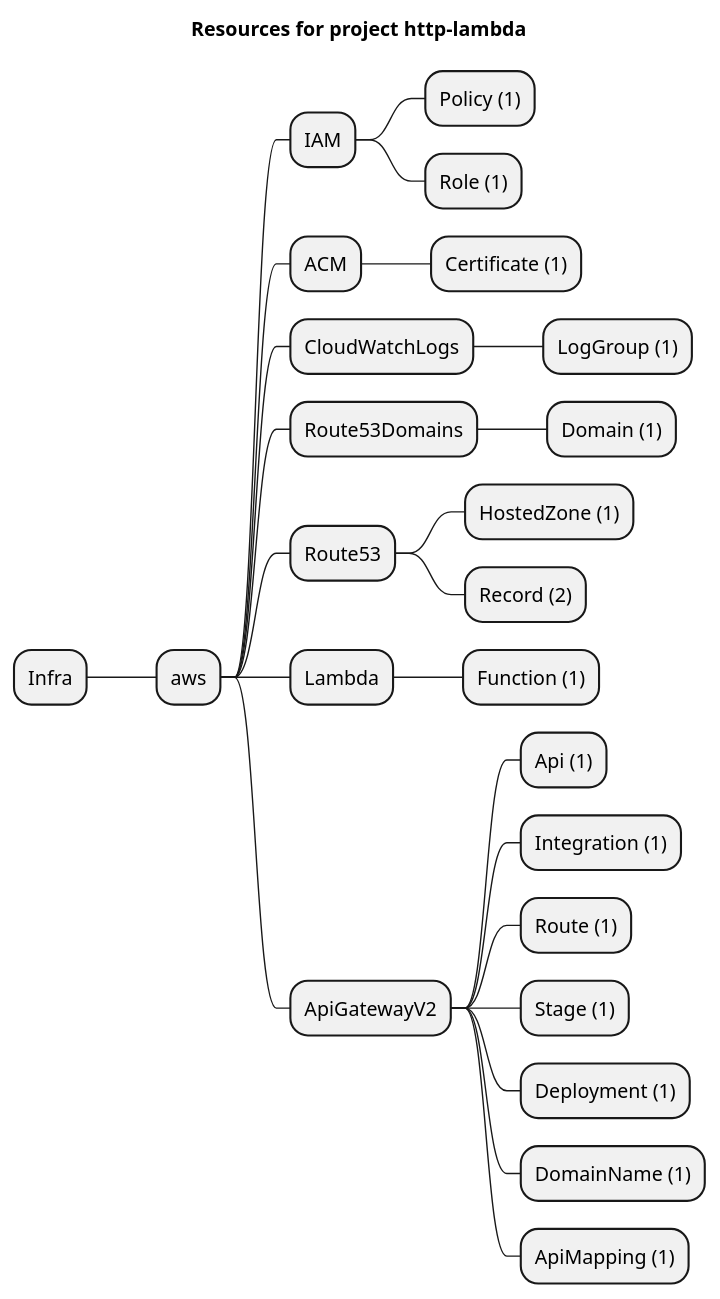
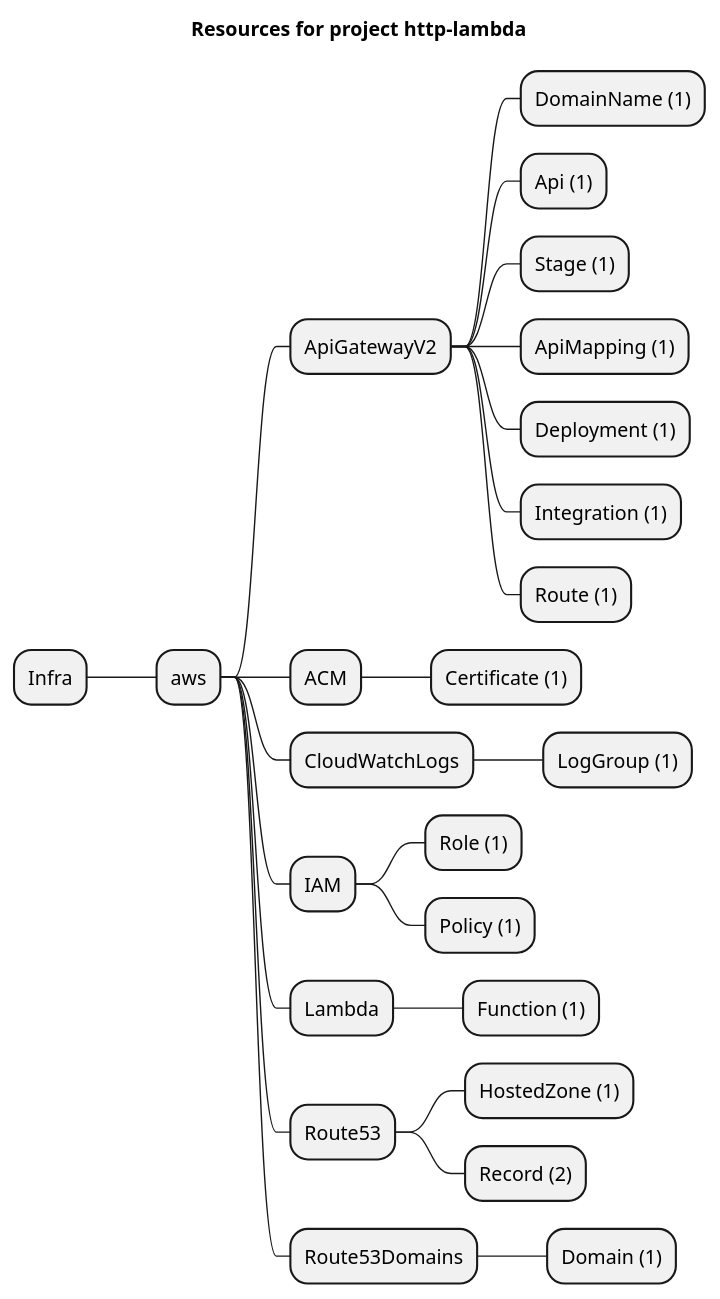
The diagram in examples/aws/api-gateway-v2/http-lambda/artifacts/resources-mindmap.puml (grucloud/grucloud), drawn with PlantUML before and after one commit. The commit also changed other lines of this file and 229 other files, not shown here.

```diff
--- a/examples/aws/api-gateway-v2/http-lambda/artifacts/resources-mindmap.puml
+++ b/examples/aws/api-gateway-v2/http-lambda/artifacts/resources-mindmap.puml
@@ -1,28 +1,28 @@
 @startmindmap
 title Resources for project http-lambda
 skinparam monochrome true
 + Infra
 ++ aws
-+++ IAM
-++++ Policy (1)
-++++ Role (1)
++++ ApiGatewayV2
+++++ DomainName (1)
+++++ Api (1)
+++++ Stage (1)
+++++ ApiMapping (1)
+++++ Deployment (1)
+++++ Integration (1)
+++++ Route (1)
 +++ ACM
 ++++ Certificate (1)
 +++ CloudWatchLogs
 ++++ LogGroup (1)
-+++ Route53Domains
-++++ Domain (1)
++++ IAM
+++++ Role (1)
+++++ Policy (1)
++++ Lambda
+++++ Function (1)
 +++ Route53
 ++++ HostedZone (1)
 ++++ Record (2)
-+++ Lambda
-++++ Function (1)
-+++ ApiGatewayV2
-++++ Api (1)
-++++ Integration (1)
-++++ Route (1)
-++++ Stage (1)
-++++ Deployment (1)
-++++ DomainName (1)
-++++ ApiMapping (1)
++++ Route53Domains
+++++ Domain (1)
 @endmindmap
```
